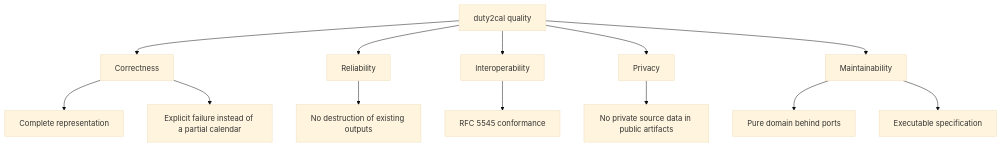
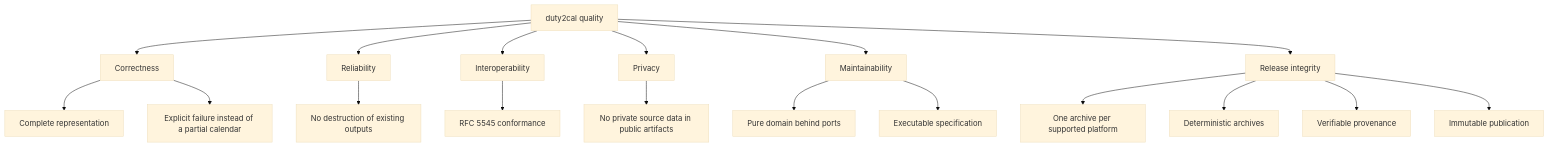
One commit to duty2cal/duty2cal changed the diagram in docs/arc42/10-quality-requirements.md. Above: the diagram before and after it, drawn with Mermaid (base theme). The commit also changed other lines of this file and 13 other files, not shown here.

First line of the commit message:
docs(publish-public-release): assess and update the architecture documentation for the five-platform release channel

````diff
--- a/docs/arc42/10-quality-requirements.md
+++ b/docs/arc42/10-quality-requirements.md
@@ -5,16 +5,21 @@
 ```mermaid
 flowchart TB
   root["duty2cal quality"]
   root --> corr["Correctness"]
   root --> rel["Reliability"]
   root --> inter["Interoperability"]
   root --> priv["Privacy"]
   root --> maint["Maintainability"]
   corr --> c1["Complete representation"]
   corr --> c2["Explicit failure instead of a partial calendar"]
   rel --> r1["No destruction of existing outputs"]
   inter --> i1["RFC 5545 conformance"]
   priv --> p1["No private source data in public artifacts"]
   maint --> m1["Pure domain behind ports"]
   maint --> m2["Executable specification"]
+  root --> rel2["Release integrity"]
+  rel2 --> ri1["One archive per supported platform"]
+  rel2 --> ri2["Deterministic archives"]
+  rel2 --> ri3["Verifiable provenance"]
+  rel2 --> ri4["Immutable publication"]
 ```
````
